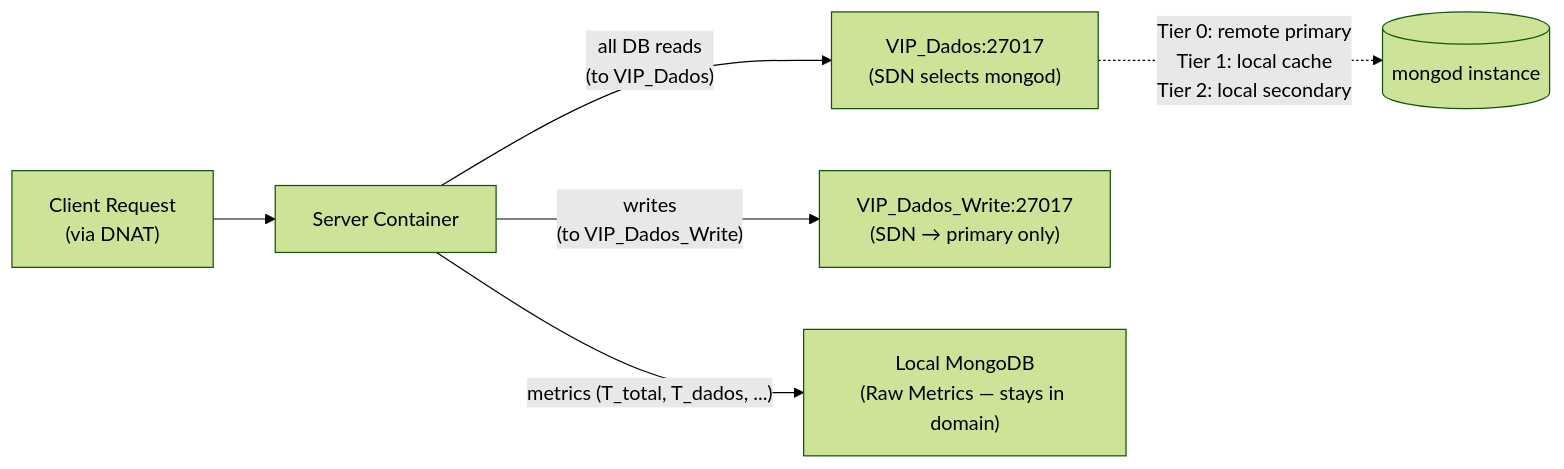
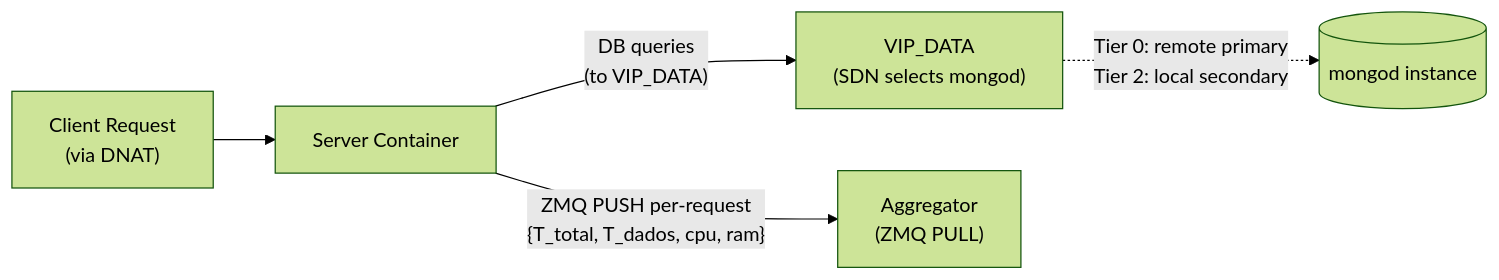
One commit to poioe20p/efficient-storage-in-edge-scenarios changed the sixth of 7 diagrams in docs/operation/system_mechanisms.md. Above: the diagram before and after it, drawn with Mermaid (forest theme). The commit also changed other lines of this file and 47 other files, not shown here.

````diff
--- a/docs/operation/system_mechanisms.md
+++ b/docs/operation/system_mechanisms.md
@@ -273,8 +466,7 @@
 ```mermaid
 graph LR
     Client["Client Request<br/>(via DNAT)"] --> Server["Server Container"]
-    Server -->|"all DB reads<br/>(to VIP_Dados)"| VIPd["VIP_Dados:27017<br/>(SDN selects mongod)"]
-    VIPd -.->|"Tier 0: remote primary<br/>Tier 1: local cache<br/>Tier 2: local secondary"| Mongo[("mongod instance")]
-    Server -->|"writes<br/>(to VIP_Dados_Write)"| VIPdw["VIP_Dados_Write:27017<br/>(SDN → primary only)"]
-    Server -->|"metrics (T_total, T_dados, ...)"| LocalMongo["Local MongoDB<br/>(Raw Metrics — stays in domain)"]
+    Server -->|"DB queries<br/>(to VIP_DATA)"| VIPd["VIP_DATA<br/>(SDN selects mongod)"]
+    VIPd -.->|"Tier 0: remote primary<br/>Tier 2: local secondary"| Mongo[("mongod instance")]
+    Server -->|"ZMQ PUSH per-request<br/>{T_total, T_dados, cpu, ram}"| Agg["Aggregator<br/>(ZMQ PULL)"]
 ```
````
